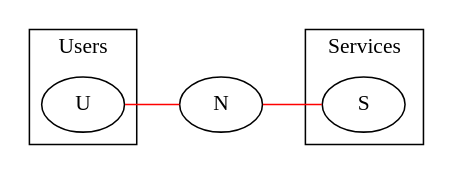
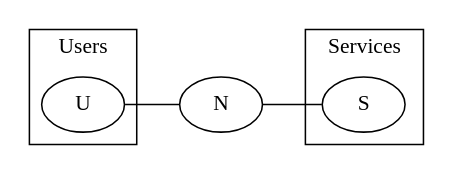
The diagram in graph/vpn.dot (Kiyotoko/anonymous-communication-systems), drawn with Graphviz before and after one commit. The commit also changed 9 other files, not shown here.

Commit message:
Add overlay network graph

```diff
--- a/graph/vpn.dot
+++ b/graph/vpn.dot
@@ -1,25 +1,25 @@
 graph {
 	rankdir=LR
 
-	{U} -- {N} -- {S} [color=red]
+	{U} -- {N} -- {S}
 	
 	subgraph {
 		cluster=true
 		label="Users"
 	
 		U
 	}
 	
 	subgraph {
 		cluster=true
 		label="Services"
 	
 		S
 	}
 	
 	subgraph {
 		label="VPN Nodes"
 	
 		N
 	}
 }
```
